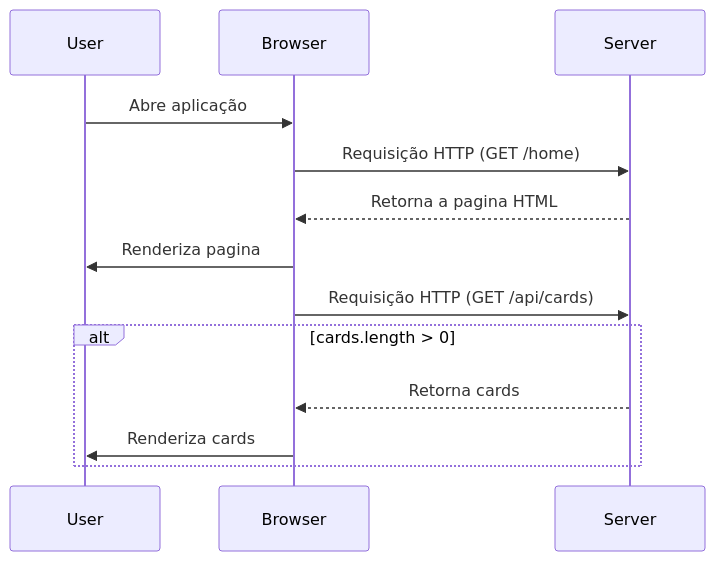
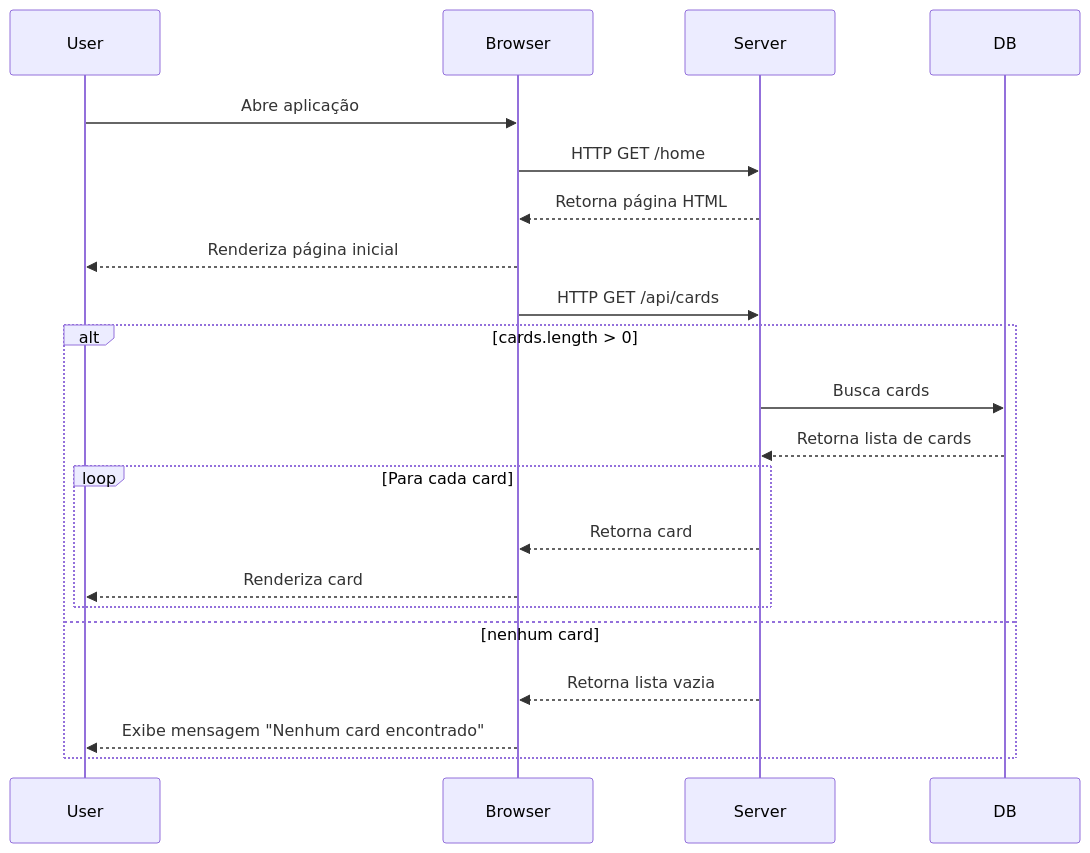
The first of 5 diagrams in docs/Modelagem-de-requisitos.md (WallaceBarrosDev/My-Kanban-bord), drawn with Mermaid before and after one commit. The commit also changed other lines of this file and 1 other file, not shown here.

````diff
--- a/docs/Modelagem-de-requisitos.md
+++ b/docs/Modelagem-de-requisitos.md
@@ -7,17 +7,26 @@
 ```mermaid
 sequenceDiagram
 participant User
 participant Browser
 participant Server
+participant DB
 
 User->>Browser: Abre aplicação
-Browser->>Server: Requisição HTTP (GET /home)
-Server-->>Browser: Retorna a pagina HTML
-Browser->>User: Renderiza pagina
+Browser->>Server: HTTP GET /home
+Server-->>Browser: Retorna página HTML
+Browser-->>User: Renderiza página inicial
 
-Browser->>Server: Requisição HTTP (GET /api/cards)
+Browser->>Server: HTTP GET /api/cards
 alt cards.length > 0
-Server-->>Browser: Retorna cards
-Browser->>User: Renderiza cards
+Server->>DB: Busca cards
+DB-->>Server: Retorna lista de cards
+loop Para cada card
+Server-->>Browser: Retorna card
+Browser-->>User: Renderiza card
 end
+else nenhum card
+Server-->>Browser: Retorna lista vazia
+Browser-->>User: Exibe mensagem "Nenhum card encontrado"
+end
+
 ```
````
